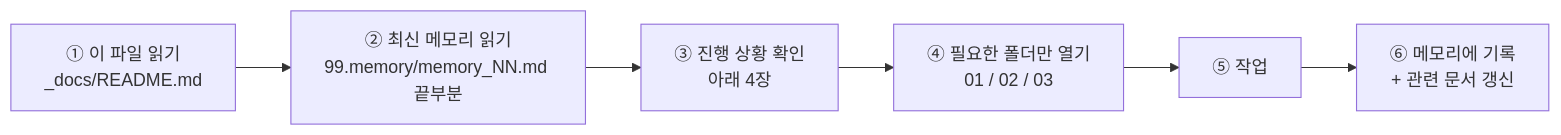
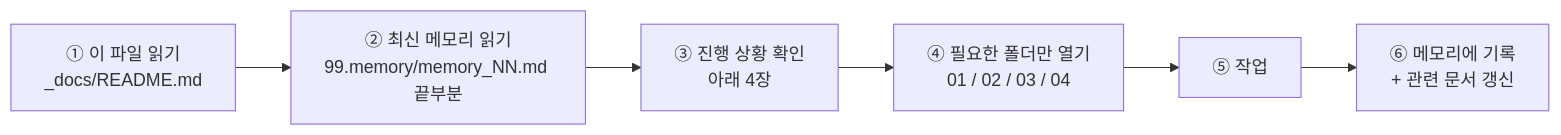
The diagram in _docs/README.md (anerjin/private_project_myteam), drawn with Mermaid before and after one commit. The commit also changed other lines of this file and 10 other files, not shown here.

````diff
--- a/_docs/README.md
+++ b/_docs/README.md
@@ -10,8 +10,8 @@
 ```mermaid
 flowchart LR
     A["① 이 파일 읽기<br/>_docs/README.md"] --> B["② 최신 메모리 읽기<br/>99.memory/memory_NN.md 끝부분"]
     B --> C["③ 진행 상황 확인<br/>아래 4장"]
-    C --> D["④ 필요한 폴더만 열기<br/>01 / 02 / 03"]
+    C --> D["④ 필요한 폴더만 열기<br/>01 / 02 / 03 / 04"]
     D --> E["⑤ 작업"]
     E --> F["⑥ 메모리에 기록<br/>+ 관련 문서 갱신"]
 ```
````
